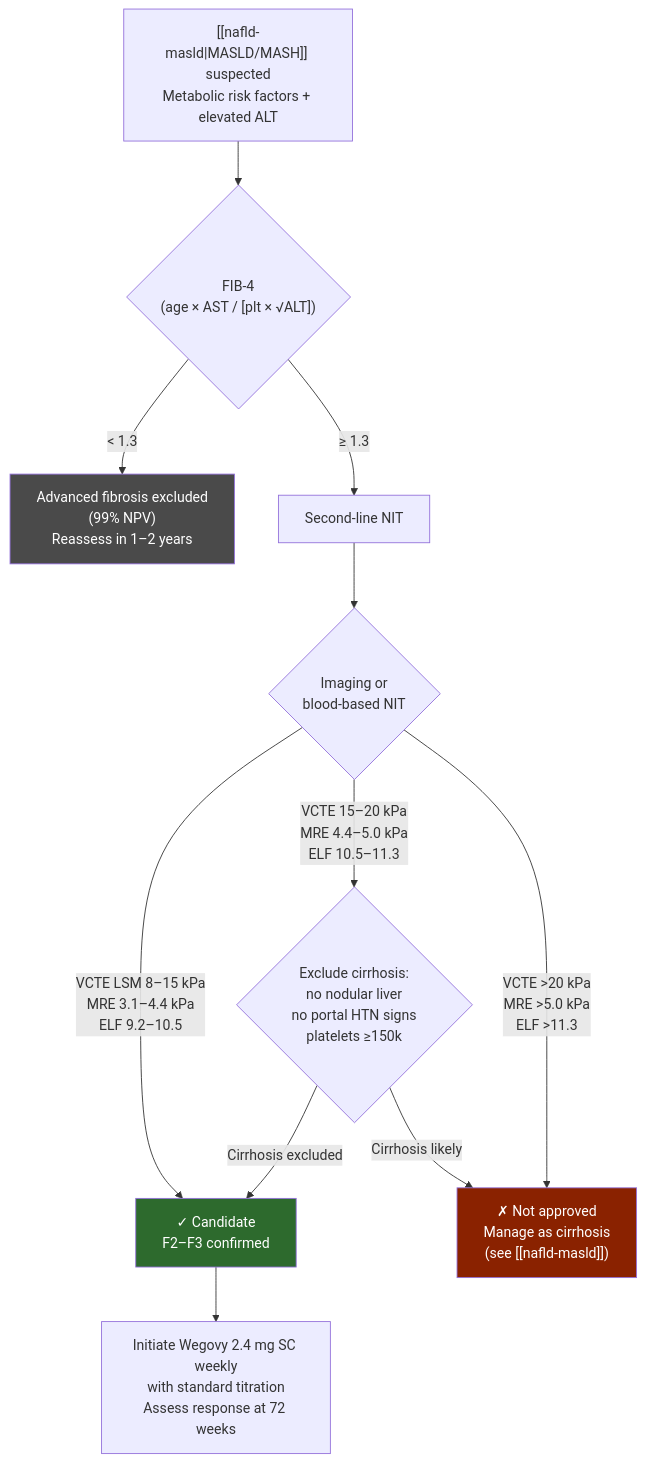
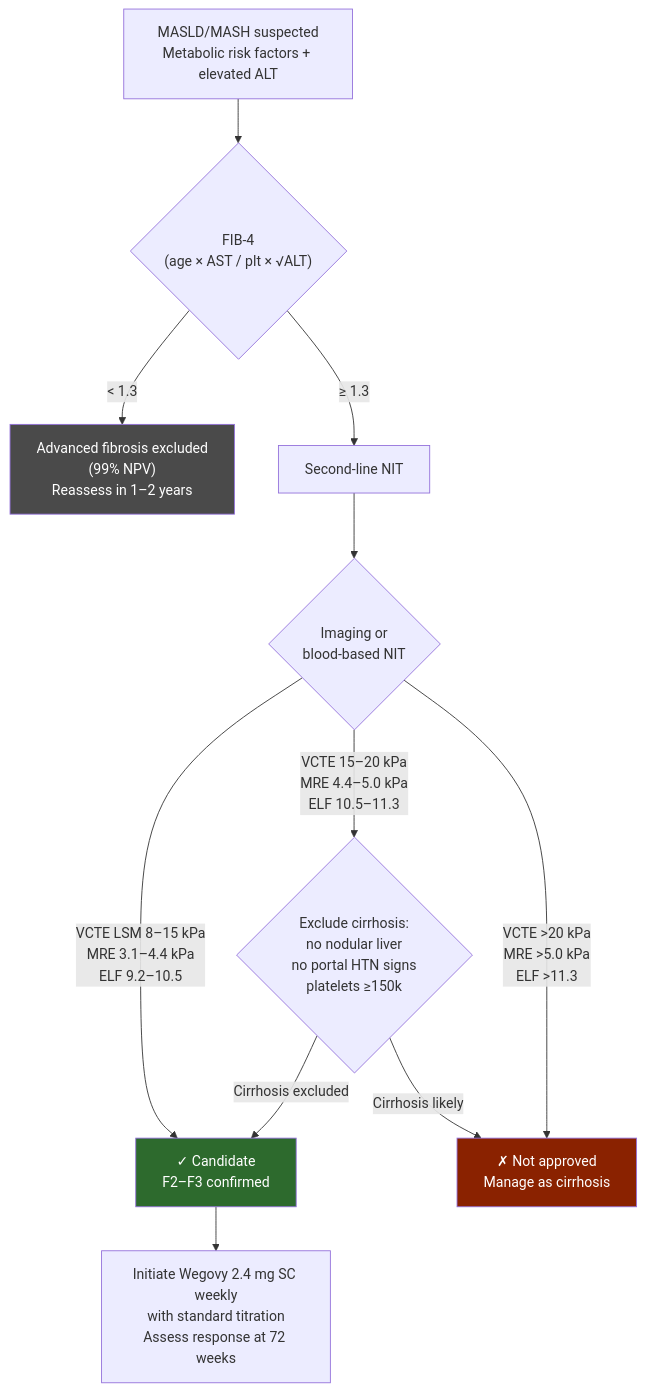
One commit to KHNickLeMD/KHNL-GI-Wiki changed the diagram in KHNL-GI-Wiki/wiki/5-meds/semaglutide.md. Above: the diagram before and after it, drawn with Mermaid. The commit also changed other lines of this file and 66 other files, not shown here.

````diff
--- a/KHNL-GI-Wiki/wiki/5-meds/semaglutide.md
+++ b/KHNL-GI-Wiki/wiki/5-meds/semaglutide.md
@@ -54,16 +54,16 @@
 ```mermaid
 flowchart TD
-    A["[[nafld-masld|MASLD/MASH]] suspected<br/>Metabolic risk factors + elevated ALT"] --> B{"FIB-4<br/>(age × AST / [plt × √ALT])"}
+    A["MASLD/MASH suspected<br/>Metabolic risk factors + elevated ALT"] --> B{"FIB-4<br/>(age × AST / plt × √ALT)"}
     B -->|"< 1.3"| C["Advanced fibrosis excluded<br/>(99% NPV)<br/>Reassess in 1–2 years"]
     B -->|"≥ 1.3"| D["Second-line NIT"]
     D --> E{"Imaging or<br/>blood-based NIT"}
     E -->|"VCTE LSM 8–15 kPa<br/>MRE 3.1–4.4 kPa<br/>ELF 9.2–10.5"| F["✓ Candidate<br/>F2–F3 confirmed"]
     E -->|"VCTE 15–20 kPa<br/>MRE 4.4–5.0 kPa<br/>ELF 10.5–11.3"| G{"Exclude cirrhosis:<br/>no nodular liver<br/>no portal HTN signs<br/>platelets ≥150k"}
     G -->|"Cirrhosis excluded"| F
-    G -->|"Cirrhosis likely"| H["✗ Not approved<br/>Manage as cirrhosis<br/>(see [[nafld-masld]])"]
+    G -->|"Cirrhosis likely"| H["✗ Not approved<br/>Manage as cirrhosis"]
     E -->|"VCTE >20 kPa<br/>MRE >5.0 kPa<br/>ELF >11.3"| H
     F --> I["Initiate Wegovy 2.4 mg SC weekly<br/>with standard titration<br/>Assess response at 72 weeks"]
     style F fill:#2d6a2d,color:#fff
     style H fill:#8a2200,color:#fff
     style C fill:#4a4a4a,color:#fff
 ```
````
